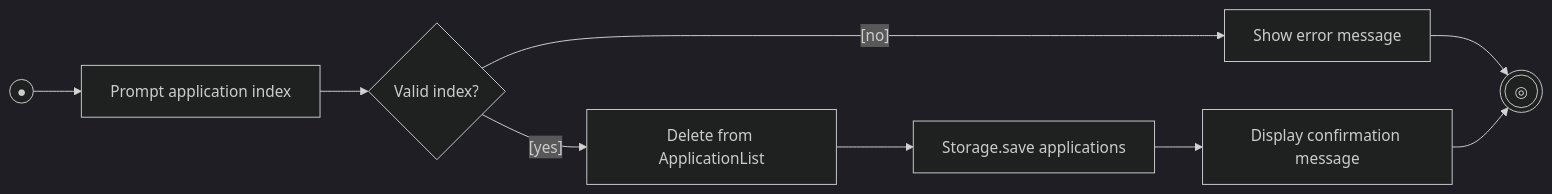
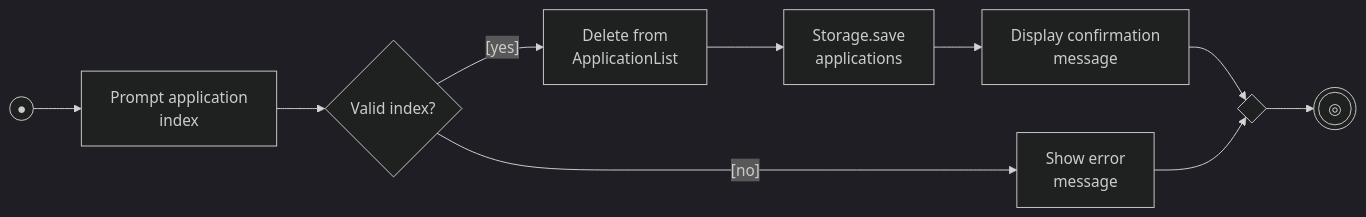
One commit to AY2627S1-CS2113-T10-2/tp changed diagram 11 of 22 in docs/DeveloperGuide.md. Above: the diagram before and after it, drawn with Mermaid (dark theme). The commit also changed other lines of this file, not shown here.

First line of the commit message:
docs: standardize architecture diagram design and add manual testing output examples

````diff
--- a/docs/DeveloperGuide.md
+++ b/docs/DeveloperGuide.md
@@ -679,10 +671,12 @@
 ```mermaid
 flowchart LR
-    Start((●)) --> Prompt[Prompt application index]
+    Start((●)) --> Prompt["Prompt application<br/>index"]
     Prompt --> Check{"Valid index?"}
-    Check -- "[no]" --> ShowErr[Show error message] --> End(((◎)))
-    Check -- "[yes]" --> Del[Delete from ApplicationList]
-    Del --> Save[Storage.save applications]
-    Save --> Show[Display confirmation message]
-    Show --> End
+    Check -->|"[yes]"| Del["Delete from<br/>ApplicationList"]
+    Check -->|"[no]"| ShowErr["Show error<br/>message"]
+    Del --> Save["Storage.save<br/>applications"]
+    Save --> Show["Display confirmation<br/>message"]
+    Show --> MergeEnd{ }
+    ShowErr --> MergeEnd
+    MergeEnd --> End(((◎)))
 ```
````
